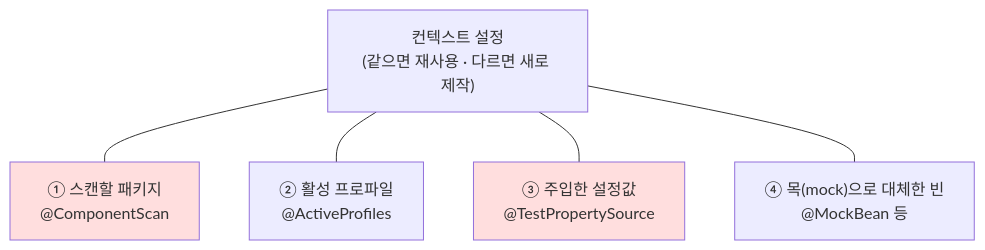
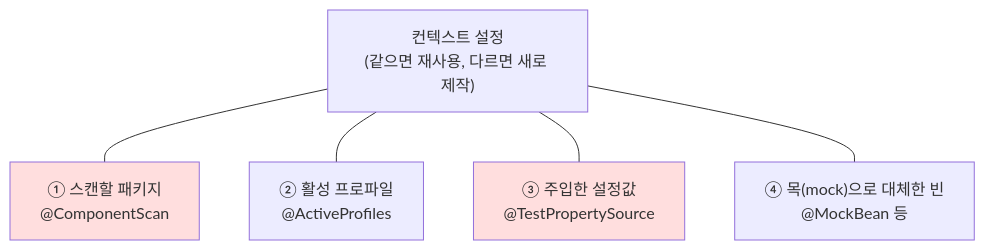
One commit to johnycho/johny-dev changed the second of 6 diagrams in blog/2026-08-03-spring-datajpatest-context-oom.mdx. Above: the diagram before and after it, drawn with Mermaid. The commit also changed other lines of this file and 188 other files, not shown here.

````diff
--- a/blog/2026-08-03-spring-datajpatest-context-oom.mdx
+++ b/blog/2026-08-03-spring-datajpatest-context-oom.mdx
@@ -60,11 +60,11 @@
 ```mermaid
 flowchart TD
-    K["컨텍스트 설정<br/>(같으면 재사용 · 다르면 새로 제작)"]
+    K["컨텍스트 설정<br/>(같으면 재사용, 다르면 새로 제작)"]
     K --- C1["① 스캔할 패키지<br/>@ComponentScan"]
     K --- C2["② 활성 프로파일<br/>@ActiveProfiles"]
     K --- C3["③ 주입한 설정값<br/>@TestPropertySource"]
     K --- C4["④ 목(mock)으로 대체한 빈<br/>@MockBean 등"]
 
     style C1 fill:#ffdede
     style C3 fill:#ffdede
 ```
````
